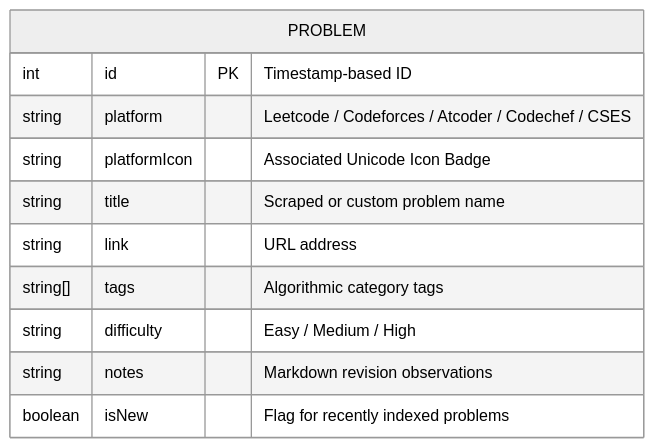
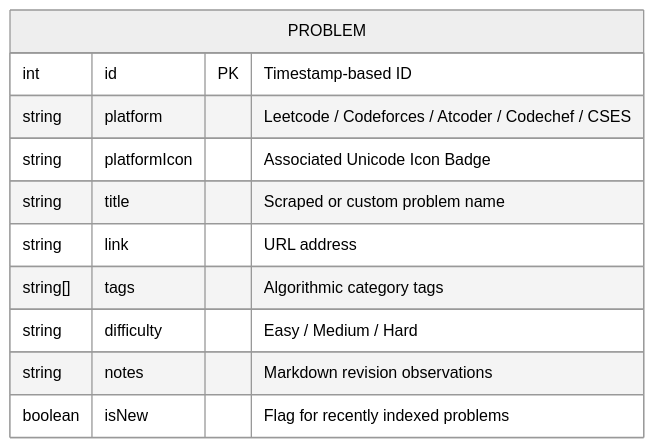
Before and after one commit to shubham-deshmukh/cp-problem-finder: the second of 2 diagrams in backend/README.md, drawn with Mermaid (neutral theme). The commit also changed 13 other files, not shown here.

````diff
--- a/backend/README.md
+++ b/backend/README.md
@@ -115,14 +115,14 @@
 ```mermaid
 erDiagram
     PROBLEM {
         int id PK "Timestamp-based ID"
         string platform "Leetcode / Codeforces / Atcoder / Codechef / CSES"
         string platformIcon "Associated Unicode Icon Badge"
         string title "Scraped or custom problem name"
         string link "URL address"
         string[] tags "Algorithmic category tags"
-        string difficulty "Easy / Medium / High"
+        string difficulty "Easy / Medium / Hard"
         string notes "Markdown revision observations"
         boolean isNew "Flag for recently indexed problems"
     }
 ```
````
